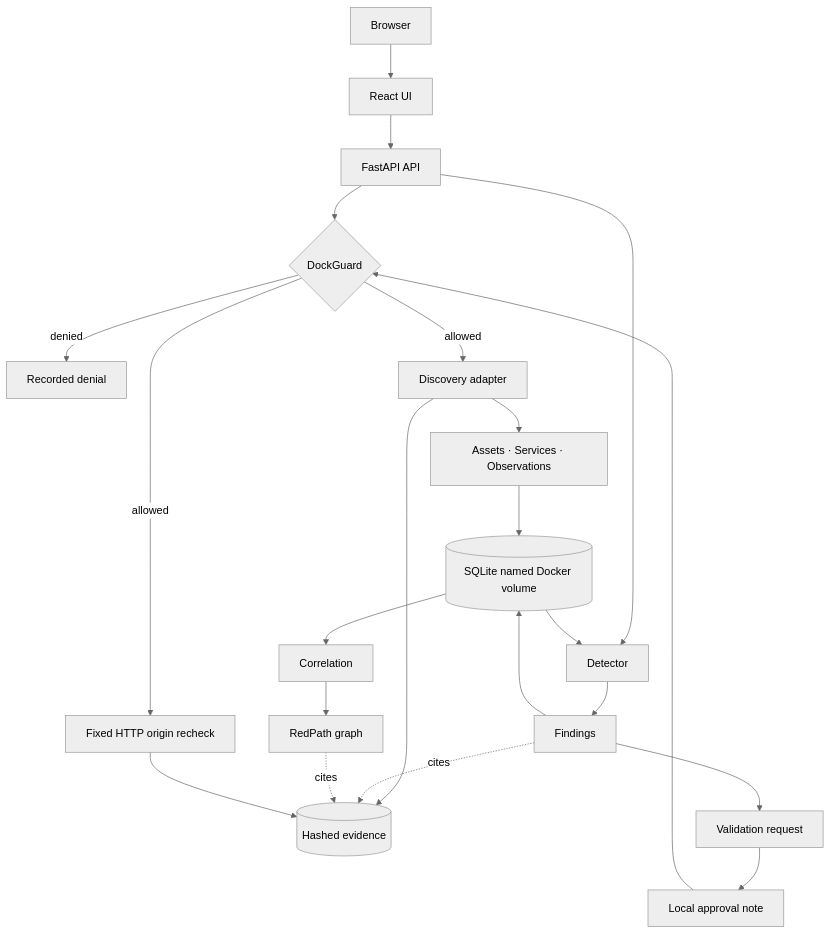
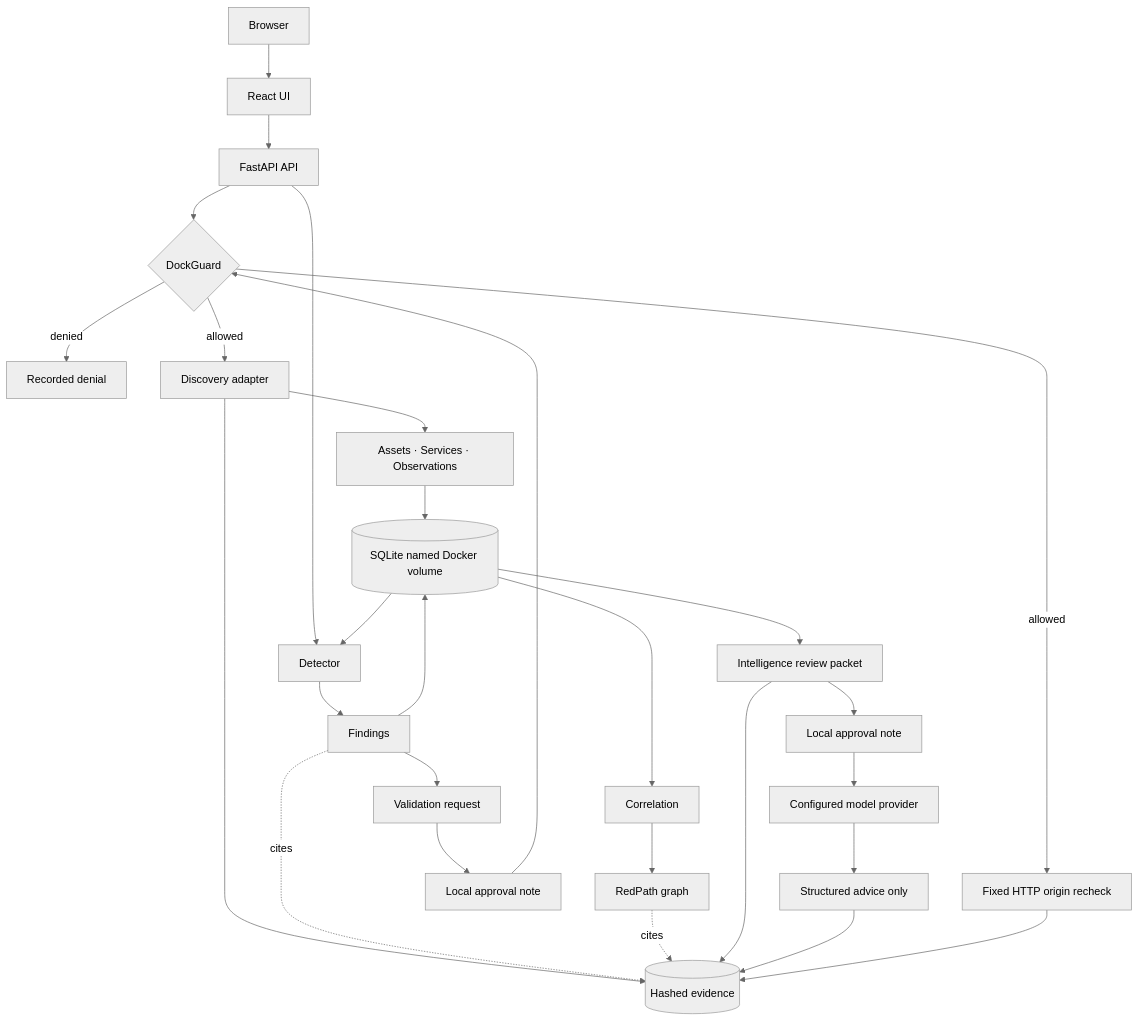
The diagram in README.md (chriswayneh/RedDock), drawn with Mermaid (neutral theme) before and after one commit. The commit also changed other lines of this file and 30 other files, not shown here.

````diff
--- a/README.md
+++ b/README.md
@@ -108,24 +133,30 @@
 ```mermaid
 flowchart TB
   Browser[Browser] --> UI[React UI]
   UI --> API[FastAPI API]
   API --> Guard{DockGuard}
   Guard -->|denied| Audit[Recorded denial]
   Guard -->|allowed| Adapter[Discovery adapter]
   Adapter --> Normalize[Assets · Services · Observations]
   Normalize --> Database[(SQLite named Docker volume)]
   Adapter --> Evidence[(Hashed evidence)]
   API --> Detect[Detector]
   Database --> Detect
   Detect --> Findings[Findings]
   Findings --> Database
   Findings -.cites.-> Evidence
   Database --> Correlate[Correlation]
   Correlate --> RedPath[RedPath graph]
   RedPath -.cites.-> Evidence
+  Database --> Packet[Intelligence review packet]
+  Packet --> Approval2[Local approval note]
+  Approval2 --> Model[Configured model provider]
+  Model --> Advice[Structured advice only]
+  Packet --> Evidence
+  Advice --> Evidence
   Findings --> Request[Validation request]
   Request --> Approval[Local approval note]
   Approval --> Guard
   Guard -->|allowed| Recheck[Fixed HTTP origin recheck]
   Recheck --> Evidence
 ```
````
